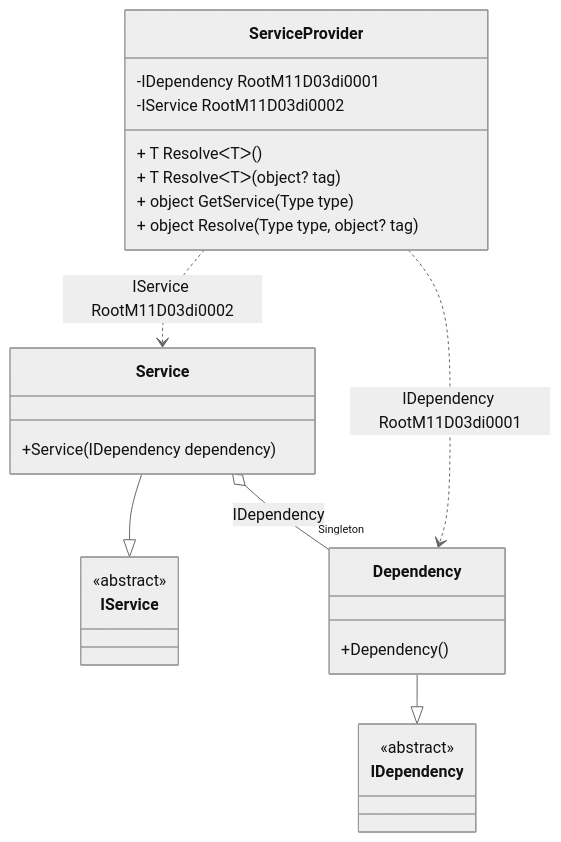
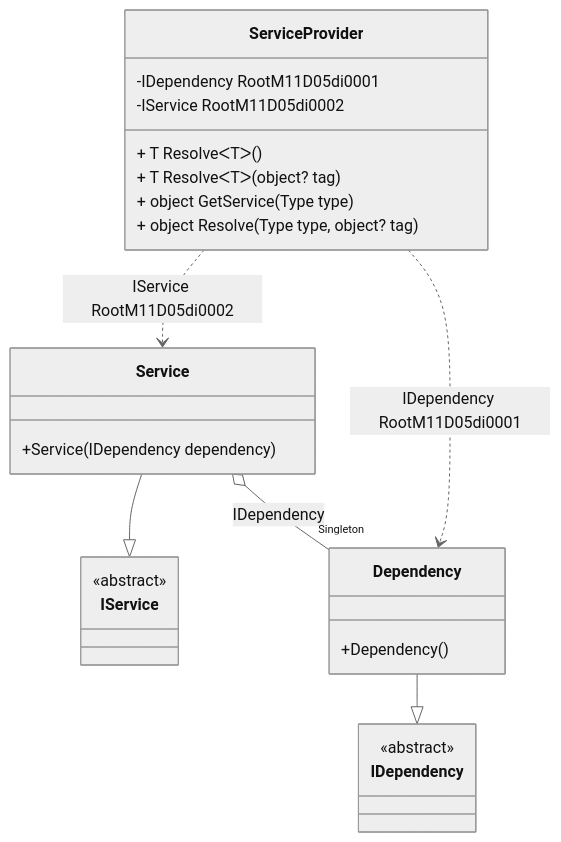
One commit to DevTeam/Pure.DI changed the diagram in readme/service-provider.md. Above: the diagram before and after it, drawn with Mermaid (neutral theme). The commit also changed other lines of this file and 72 other files, not shown here.

````diff
--- a/readme/service-provider.md
+++ b/readme/service-provider.md
@@ -49,28 +49,28 @@
 ```mermaid
 classDiagram
   class ServiceProvider {
-    -IDependency RootM11D03di0001
-    -IService RootM11D03di0002
+    -IDependency RootM11D05di0001
+    -IService RootM11D05di0002
     + T ResolveᐸTᐳ()
     + T ResolveᐸTᐳ(object? tag)
     + object GetService(Type type)
     + object Resolve(Type type, object? tag)
   }
   Service --|> IService : 
   class Service {
     +Service(IDependency dependency)
   }
   Dependency --|> IDependency : 
   class Dependency {
     +Dependency()
   }
   class IService {
     <<abstract>>
   }
   class IDependency {
     <<abstract>>
   }
   Service o--  "Singleton" Dependency : IDependency
-  ServiceProvider ..> Dependency : IDependency RootM11D03di0001
-  ServiceProvider ..> Service : IService RootM11D03di0002
+  ServiceProvider ..> Dependency : IDependency RootM11D05di0001
+  ServiceProvider ..> Service : IService RootM11D05di0002
 ```
````
